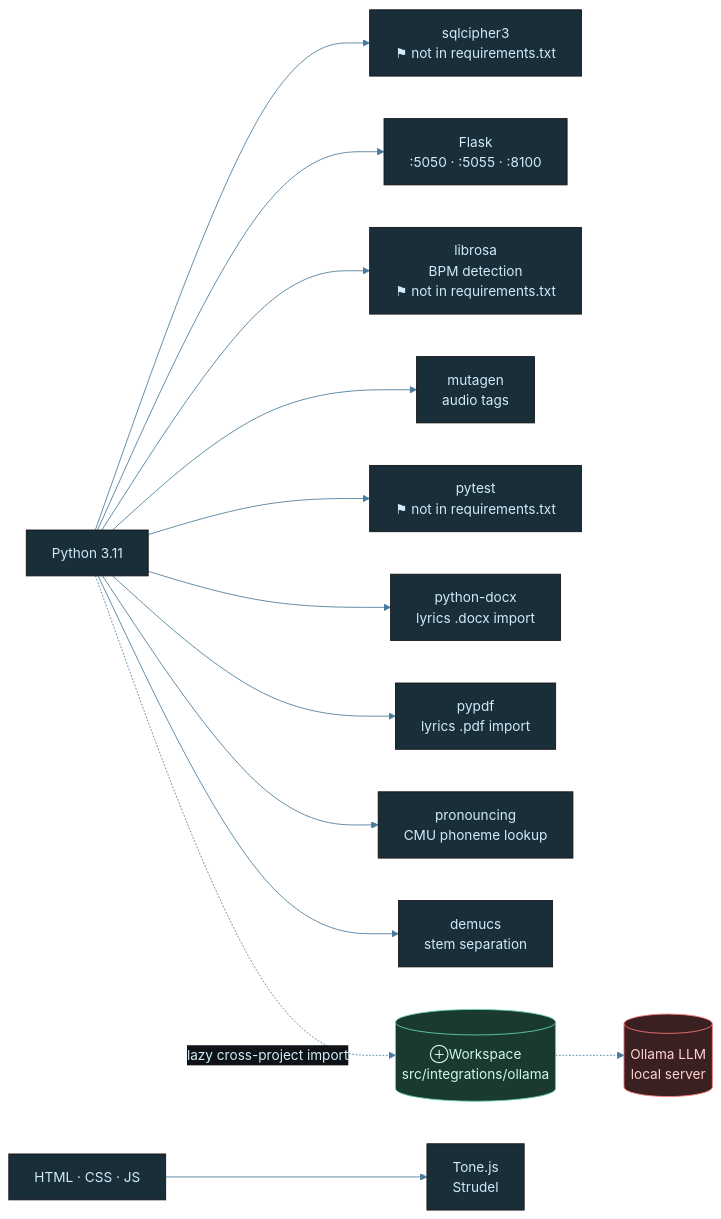
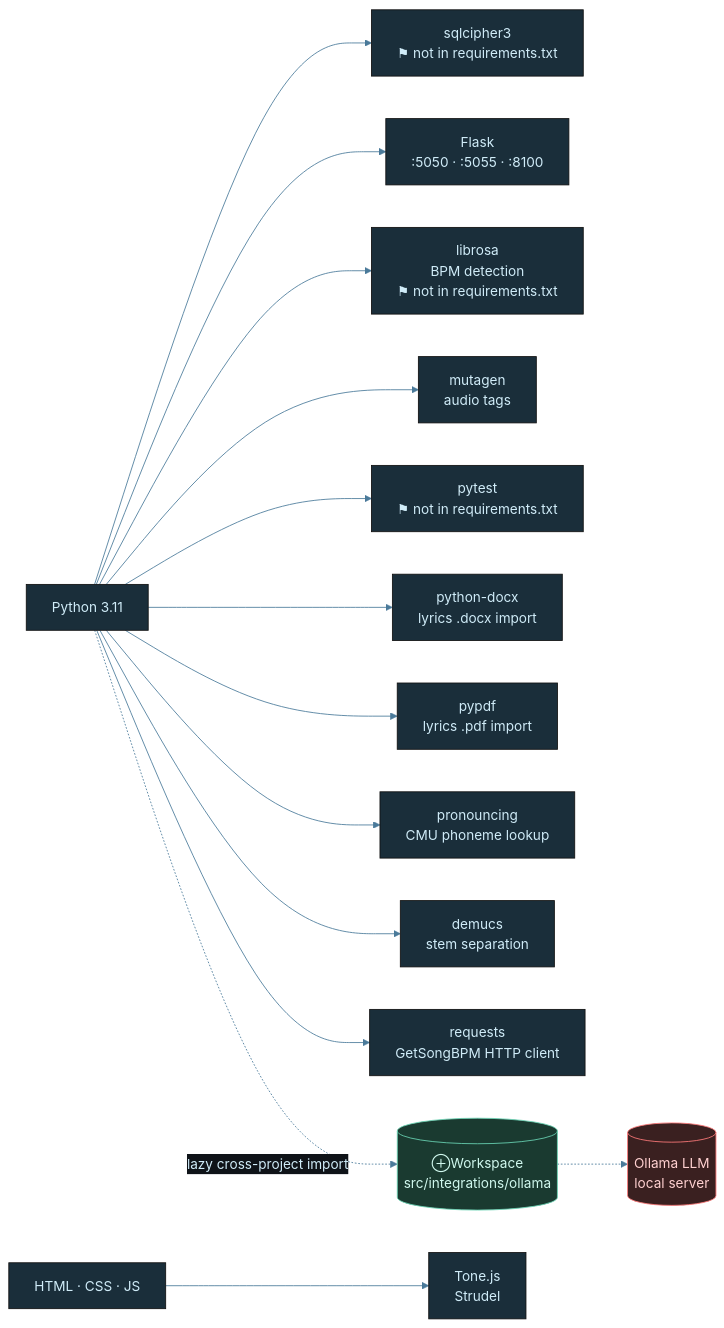
The diagram in diagrams/music-tech-stack.mmd (tylerdrakemusic/-Workspace), drawn with Mermaid before and after one commit. The commit also changed 3 other files, not shown here.

First line of the commit message:
FR-20260703-music-bpm-autolookup: BPM lookup skill doc + architecture diagram updates (#242)

```diff
--- a/diagrams/music-tech-stack.mmd
+++ b/diagrams/music-tech-stack.mmd
@@ -1,28 +1,29 @@
 %%{init: {'theme': 'base', 'themeVariables': {'primaryColor': '#1a2e3a', 'primaryTextColor': '#d0ecf8', 'edgeLabelBackground': '#0f1318', 'lineColor': '#4a7a9a'}}}%%
 graph LR
     Python[Python 3.11] --> SQLCipher["sqlcipher3<br/>⚑ not in requirements.txt"]
     Python --> Flask[Flask<br/>:5050 · :5055 · :8100]
     Python --> Librosa["librosa<br/>BPM detection<br/>⚑ not in requirements.txt"]
     Python --> Mutagen[mutagen<br/>audio tags]
     Python --> Pytest["pytest<br/>⚑ not in requirements.txt"]
     Python --> PythonDocx["python-docx<br/>lyrics .docx import"]
     Python --> Pypdf["pypdf<br/>lyrics .pdf import"]
     Python --> Pronouncing["pronouncing<br/>CMU phoneme lookup"]
     Python --> Demucs["demucs<br/>stem separation"]
+    Python --> Requests[requests<br/>GetSongBPM HTTP client]
     Web[HTML · CSS · JS] --> Tone[Tone.js<br/>Strudel]
     Python -.->|lazy cross-project import| WSOllama[(⊕Workspace<br/>src/integrations/ollama)]
     WSOllama -.-> Ollama[(Ollama LLM<br/>local server)]
     class Python,Web lang
-    class SQLCipher,Flask,Librosa,Mutagen,Pytest,Tone,PythonDocx,Pypdf,Pronouncing,Demucs lib
+    class SQLCipher,Flask,Librosa,Mutagen,Pytest,Tone,PythonDocx,Pypdf,Pronouncing,Demucs,Requests lib
     class WSOllama ws
     class Ollama ext
 
 classDef life     fill:#1a2e3a,stroke:#6ab4d4,color:#d0ecf8
 classDef music    fill:#3a1a24,stroke:#d47a8f,color:#f8d0dc
 classDef quantum  fill:#251a3a,stroke:#a07adf,color:#e8d0f8
 classDef manifest fill:#3a2e1a,stroke:#d4a96a,color:#f8ead0
 classDef ws       fill:#1a3a30,stroke:#6ad4b4,color:#d0f8ee
 classDef tyler    fill:#2a1a3a,stroke:#9e4aff,color:#fff
 classDef ext      fill:#3a2020,stroke:#ff7a7a,color:#ffd0d0
 classDef db       fill:#3a3010,stroke:#d4c050,color:#f8f0c0
 classDef state    fill:#1a1a1a,stroke:#888888,color:#cccccc
```
